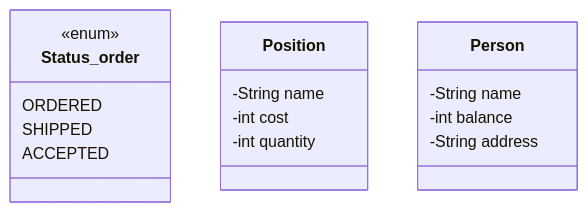
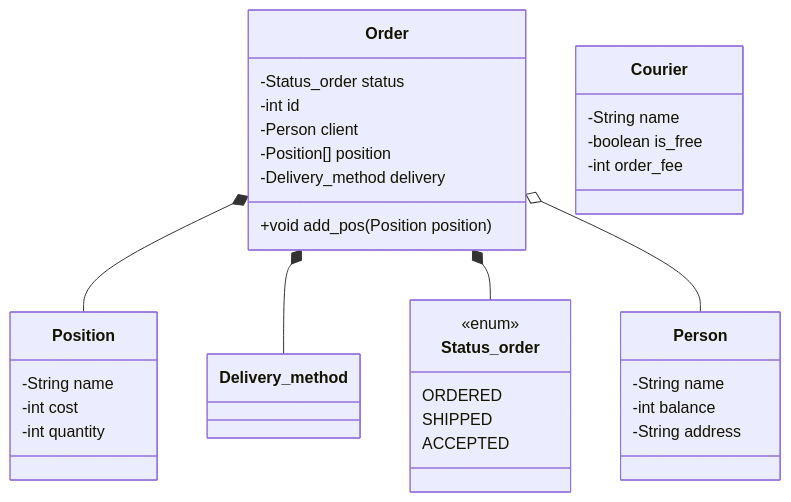
One commit to kirillkushaev2007-boop/Labaratory1 changed the diagram in README.md. Above: the diagram before and after it, drawn with Mermaid.

````diff
--- a/README.md
+++ b/README.md
@@ -1,22 +1,45 @@
 ```mermaid
 classDiagram
    %% Перечисление статусов (Statuses)
     class Status_order{
         <<enum>>
         ORDERED
         SHIPPED
         ACCEPTED
     }
     %% Позиция заказа (Position)
     class Position{
         -String name
         -int cost
         -int quantity
    }
    %% Клиент (Person)
    class Person{
        -String name
        -int balance
        -String address
    }
+   %% Заказ (Order)
+   class Order {
+      -Status_order status
+      -int id
+      -Person client
+      -Position[] position
+      -Delivery_method delivery
+      +void add_pos(Position position)
+         %%Добавляет позицию в заказ
+   }
+   %% Курьер (Courier)
+   class Courier {
+      -String name
+      -boolean is_free
+         %%Статус незанятости (true-свободен, false-занят)
+      -int order_fee
+         %%Зарплата за заказ
+   }
+
+   Order *-- Position
+   Order *-- Delivery_method
+   Order *-- Status_order
+   Order o-- Person
 ```
````
